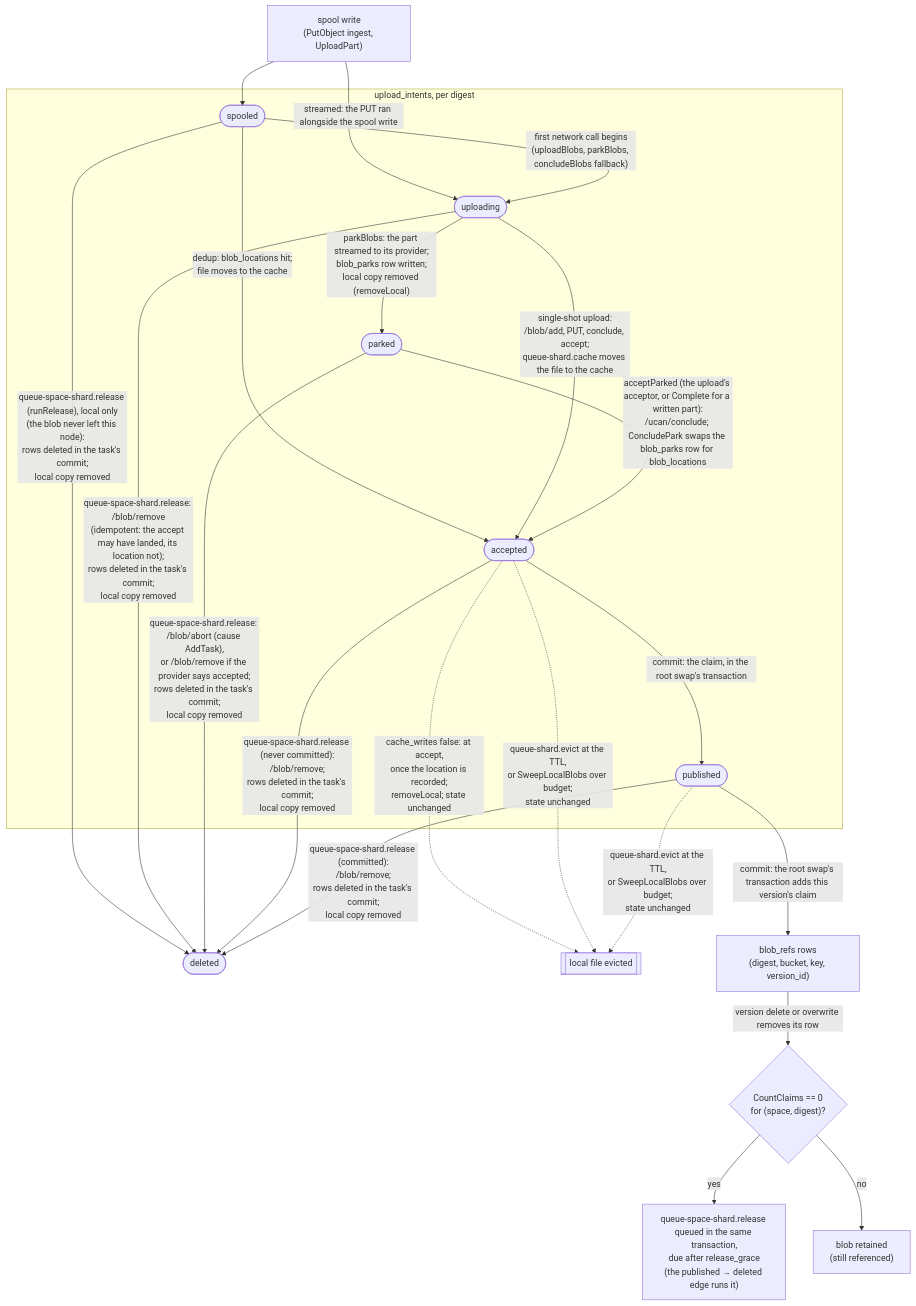
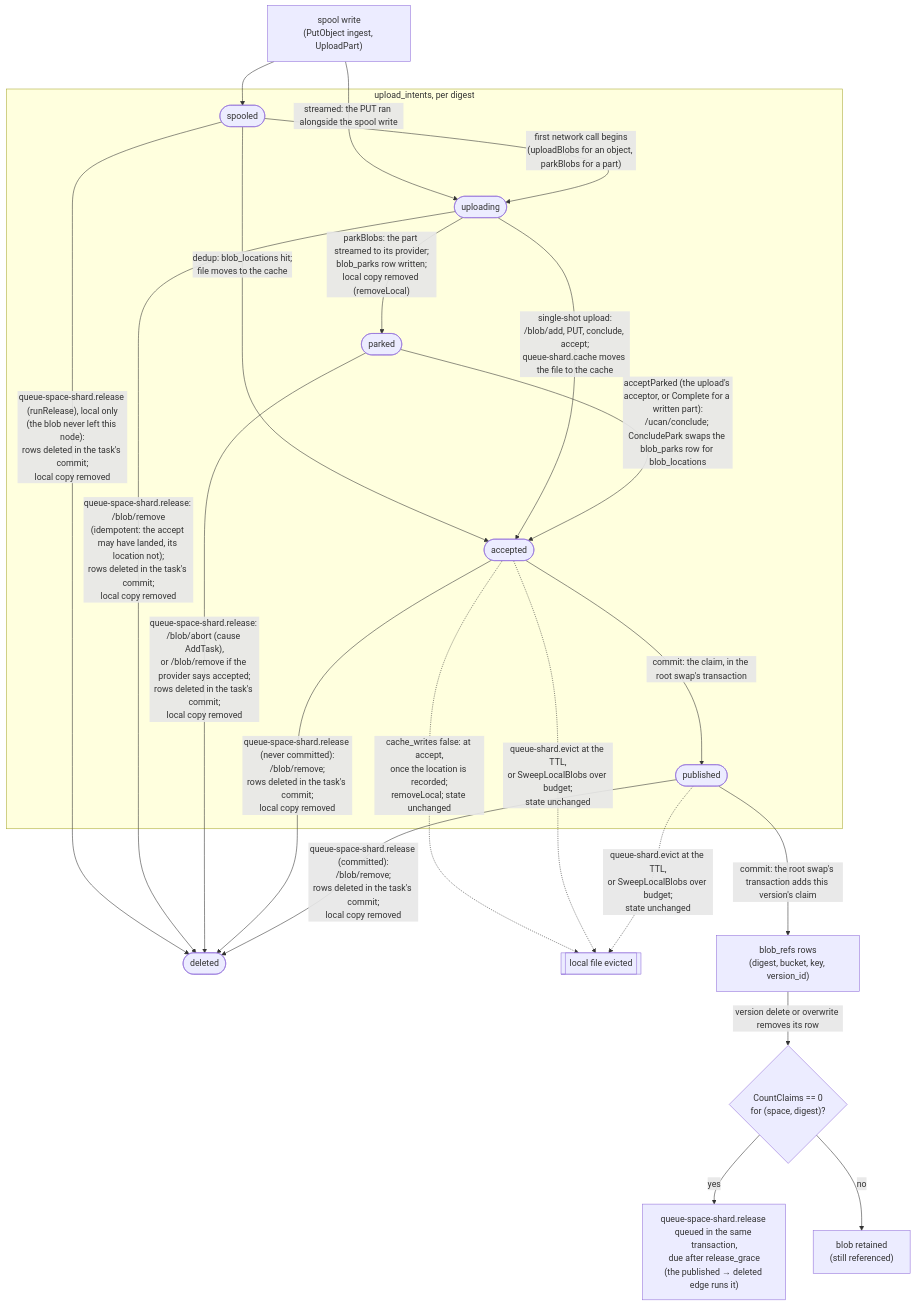
Before and after one commit to fil-forge/ingot: the ninth of 15 diagrams in docs/diagrams.md, drawn with Mermaid.

Commit message:
docs: no concludeBlobs fallback upload in the blob lifecycle

````diff
--- a/docs/diagrams.md
+++ b/docs/diagrams.md
@@ -702,34 +702,34 @@
 ```mermaid
 flowchart TB
     W["spool write<br/>(PutObject ingest, UploadPart)"] --> spooled
     W -->|"streamed: the PUT ran alongside the spool write"| uploading
 
     subgraph intents["upload_intents, per digest"]
         spooled([spooled])
         uploading([uploading])
         parked([parked])
         accepted([accepted])
         published([published])
     end
 
     spooled -->|"dedup: blob_locations hit;<br/>file moves to the cache"| accepted
-    spooled -->|"first network call begins<br/>(uploadBlobs, parkBlobs, concludeBlobs fallback)"| uploading
+    spooled -->|"first network call begins<br/>(uploadBlobs for an object, parkBlobs for a part)"| uploading
     uploading -->|"single-shot upload:<br/>/blob/add, PUT, conclude, accept;<br/>queue-shard.cache moves the file to the cache"| accepted
     uploading -->|"parkBlobs: the part streamed to its provider;<br/>blob_parks row written;<br/>local copy removed (removeLocal)"| parked
     parked -->|"acceptParked (the upload's acceptor, or Complete for a written part):<br/>/ucan/conclude; ConcludePark swaps the blob_parks row for blob_locations"| accepted
     spooled -->|"queue-space-shard.release (runRelease), local only<br/>(the blob never left this node):<br/>rows deleted in the task's commit;<br/>local copy removed"| gone([deleted])
     uploading -->|"queue-space-shard.release: /blob/remove<br/>(idempotent: the accept may have landed, its location not);<br/>rows deleted in the task's commit;<br/>local copy removed"| gone
     parked -->|"queue-space-shard.release: /blob/abort (cause AddTask),<br/>or /blob/remove if the provider says accepted;<br/>rows deleted in the task's commit;<br/>local copy removed"| gone
     accepted -->|"queue-space-shard.release (never committed):<br/>/blob/remove;<br/>rows deleted in the task's commit;<br/>local copy removed"| gone
     published -->|"queue-space-shard.release (committed):<br/>/blob/remove;<br/>rows deleted in the task's commit;<br/>local copy removed"| gone
 
     accepted -->|"commit: the claim, in the root swap's transaction"| published
 
     accepted -.->|"cache_writes false: at accept,<br/>once the location is recorded;<br/>removeLocal; state unchanged"| evicted[["local file evicted"]]
     accepted -.->|"queue-shard.evict at the TTL,<br/>or SweepLocalBlobs over budget;<br/>state unchanged"| evicted
     published -.->|"queue-shard.evict at the TTL,<br/>or SweepLocalBlobs over budget;<br/>state unchanged"| evicted
     published -->|"commit: the root swap's transaction adds this version's claim"| refs["blob_refs rows<br/>(digest, bucket, key, version_id)"]
     refs -->|"version delete or overwrite removes its row"| zero{"CountClaims == 0<br/>for (space, digest)?"}
     zero -->|yes| rel["queue-space-shard.release queued in the same transaction,<br/>due after release_grace<br/>(the published → deleted edge runs it)"]
     zero -->|no| keep["blob retained<br/>(still referenced)"]
 ```
````
